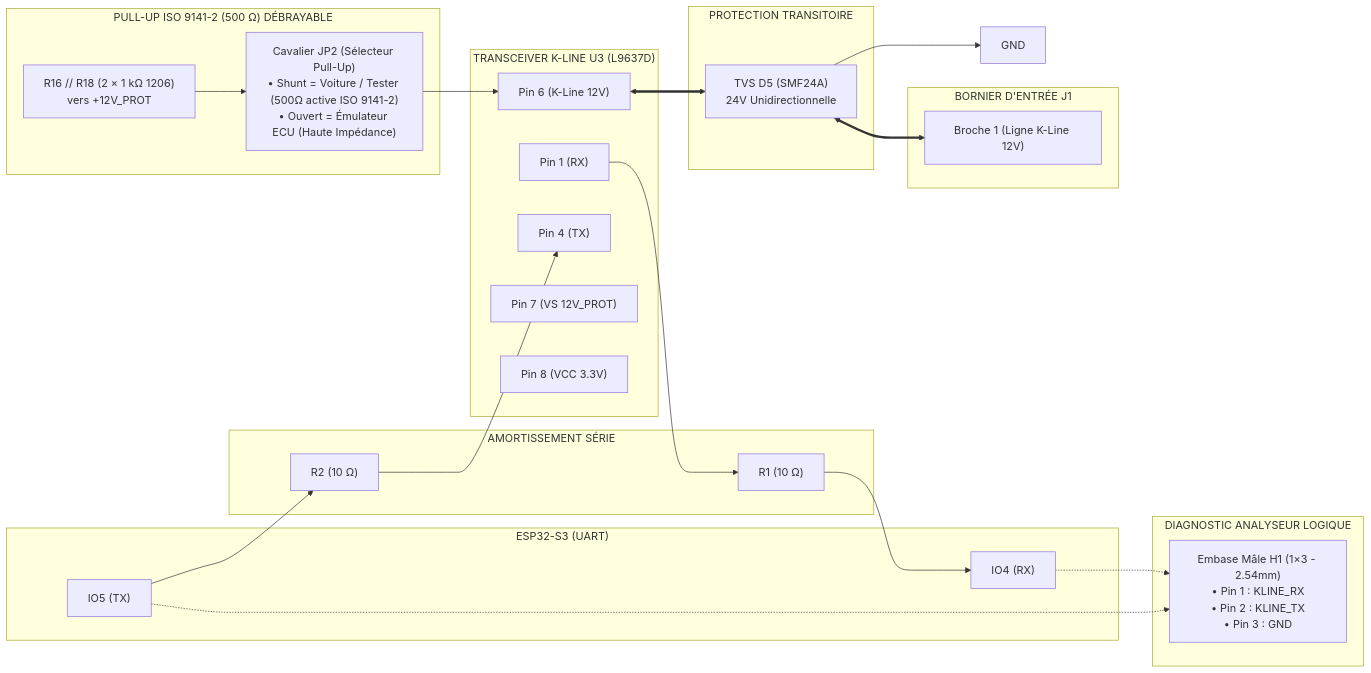
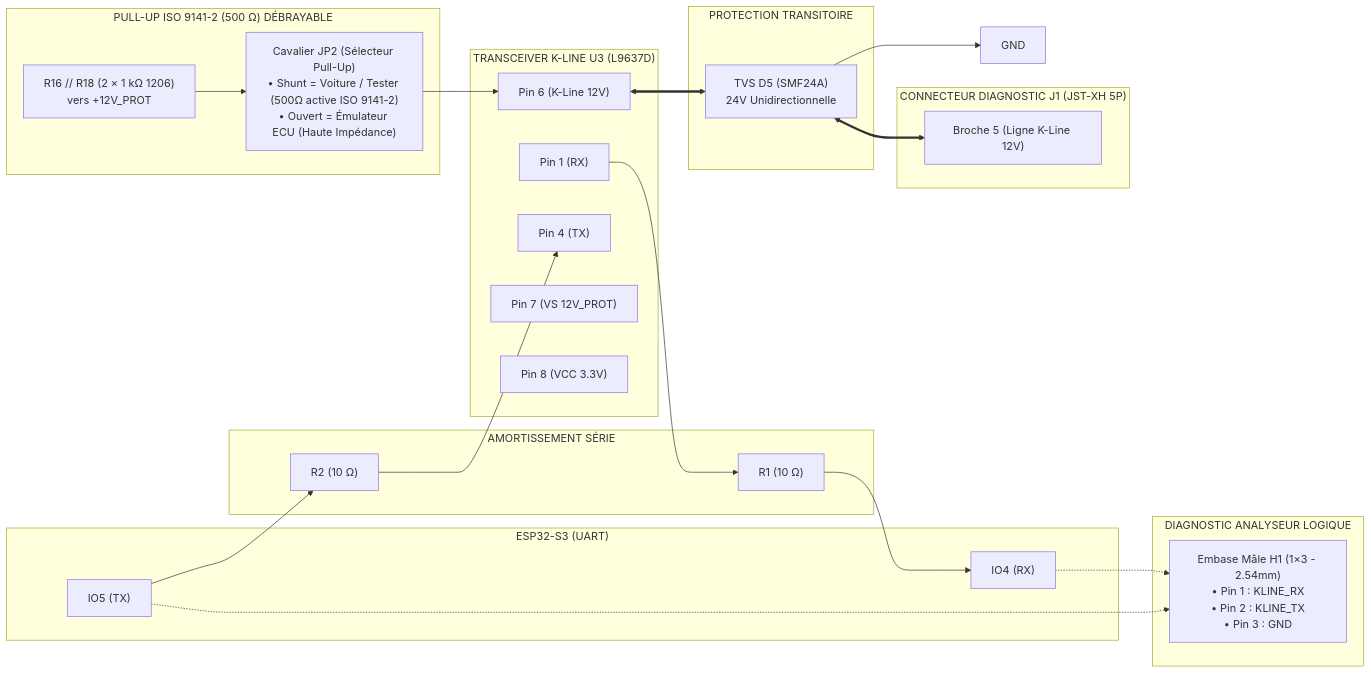
One commit to nitrogene/OBD2 changed the seventh of 13 diagrams in documents/hardware.md. Above: the diagram before and after it, drawn with Mermaid. The commit also changed other lines of this file and 19 other files, not shown here.

````diff
--- a/documents/hardware.md
+++ b/documents/hardware.md
@@ -370,57 +381,57 @@
 ```mermaid
 %%{init: {
   'themeVariables': {
     'fontFamily': 'Consolas, "Courier New", monospace',
     'fontSize': '12px'
   },
   'flowchart': {
     'curve': 'stepBefore',
     'nodeSpacing': 20,
     'rankSpacing': 30
   }
 }}%%
 flowchart LR
     subgraph MCU["ESP32-S3 (UART)"]
         MCU_TX["IO5 (TX)"]
         MCU_RX["IO4 (RX)"]
     end
 
     subgraph DAMPING["AMORTISSEMENT SÉRIE"]
         R2["R2 (10 Ω)"]
         R1["R1 (10 Ω)"]
     end
 
     subgraph DIAG_K["DIAGNOSTIC ANALYSEUR LOGIQUE"]
         H1["Embase Mâle H1 (1×3 - 2.54mm)\n• Pin 1 : KLINE_RX\n• Pin 2 : KLINE_TX\n• Pin 3 : GND"]
     end
 
     subgraph K_IC["TRANSCEIVER K-LINE U3 (L9637D)"]
         K_TX["Pin 4 (TX)"]
         K_RX["Pin 1 (RX)"]
         K_PIN["Pin 6 (K-Line 12V)"]
         K_VS["Pin 7 (VS 12V_PROT)"]
         K_VCC["Pin 8 (VCC 3.3V)"]
     end
 
     subgraph PULLUP["PULL-UP ISO 9141-2 (500 Ω) DÉBRAYABLE"]
         R16_R18["R16 // R18 (2 × 1 kΩ 1206)\nvers +12V_PROT"]
         JP2_BOX["Cavalier JP2 (Sélecteur Pull-Up)\n• Shunt = Voiture / Tester (500Ω active ISO 9141-2)\n• Ouvert = Émulateur ECU (Haute Impédance)"]
     end
 
     subgraph PROT_K["PROTECTION TRANSITOIRE"]
         D5["TVS D5 (SMF24A)\n24V Unidirectionnelle"]
     end
 
-    subgraph BORNIER_CONN["BORNIER D'ENTRÉE J1"]
-        PIN1_CONN["Broche 1 (Ligne K-Line 12V)"]
+    subgraph J1_CONN["CONNECTEUR DIAGNOSTIC J1 (JST-XH 5P)"]
+        PIN5_CONN["Broche 5 (Ligne K-Line 12V)"]
     end
 
     MCU_TX --> R2 --> K_TX
     K_RX --> R1 --> MCU_RX
     MCU_RX -.-> H1
     MCU_TX -.-> H1
     R16_R18 --> JP2_BOX --> K_PIN
     K_PIN <==> D5
     D5 --> GND_K["GND"]
-    D5 <==> PIN1_CONN
+    D5 <==> PIN5_CONN
 ```
````
